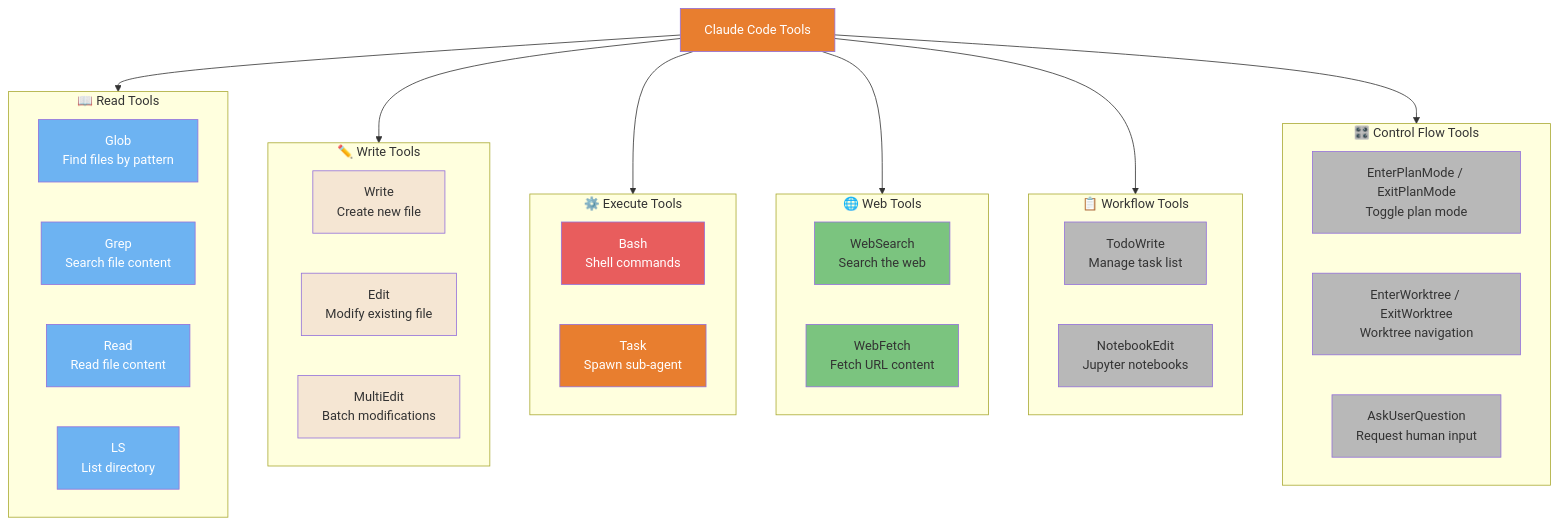
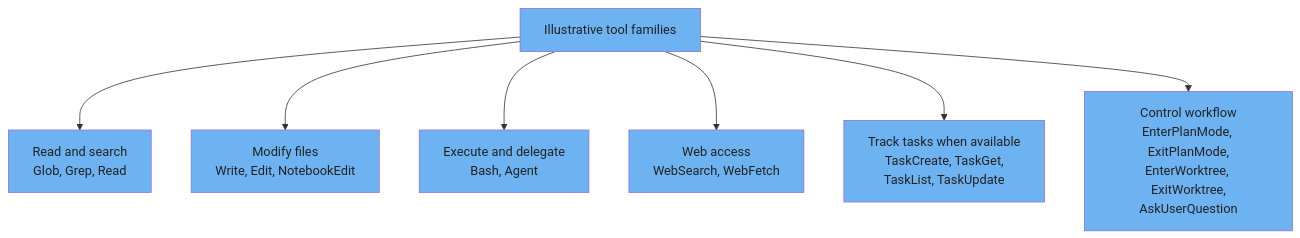
One commit to FlorianBruniaux/claude-code-ultimate-guide changed the second of 4 diagrams in guide/diagrams/04-architecture-internals.md. Above: the diagram before and after it, drawn with Mermaid. The commit also changed other lines of this file and 17 other files, not shown here.

Commit message:
docs: refresh all diagrams and correct their source guidance

````diff
--- a/guide/diagrams/04-architecture-internals.md
+++ b/guide/diagrams/04-architecture-internals.md
@@ -90,80 +85,23 @@
 ```mermaid
 flowchart TD
-    ROOT["Claude Code Tools"] --> READ
-    ROOT --> WRITE
-    ROOT --> EXECUTE
-    ROOT --> WEB
-    ROOT --> WORKFLOW
-    ROOT --> CONTROL
-
-    subgraph READ["📖 Read Tools"]
-        R1[Glob<br/>Find files by pattern]
-        R2[Grep<br/>Search file content]
-        R3[Read<br/>Read file content]
-        R4[LS<br/>List directory]
-    end
-
-    subgraph WRITE["✏️ Write Tools"]
-        W1[Write<br/>Create new file]
-        W2[Edit<br/>Modify existing file]
-        W3[MultiEdit<br/>Batch modifications]
-    end
-
-    subgraph EXECUTE["⚙️ Execute Tools"]
-        E1[Bash<br/>Shell commands]
-        E2[Task<br/>Spawn sub-agent]
-    end
-
-    subgraph WEB["🌐 Web Tools"]
-        WB1[WebSearch<br/>Search the web]
-        WB2[WebFetch<br/>Fetch URL content]
-    end
-
-    subgraph WORKFLOW["📋 Workflow Tools"]
-        WF1[TodoWrite<br/>Manage task list]
-        WF2[NotebookEdit<br/>Jupyter notebooks]
-    end
-
-    subgraph CONTROL["🎛️ Control Flow Tools"]
-        CF1[EnterPlanMode / ExitPlanMode<br/>Toggle plan mode]
-        CF2[EnterWorktree / ExitWorktree<br/>Worktree navigation]
-        CF3[AskUserQuestion<br/>Request human input]
-    end
-
-    style ROOT fill:#E87E2F,color:#fff
-    style R1 fill:#6DB3F2,color:#fff
-    style R2 fill:#6DB3F2,color:#fff
-    style R3 fill:#6DB3F2,color:#fff
-    style R4 fill:#6DB3F2,color:#fff
-    style W1 fill:#F5E6D3,color:#333
-    style W2 fill:#F5E6D3,color:#333
-    style W3 fill:#F5E6D3,color:#333
-    style E1 fill:#E85D5D,color:#fff
-    style E2 fill:#E87E2F,color:#fff
-    style WB1 fill:#7BC47F,color:#333
-    style WB2 fill:#7BC47F,color:#333
-    style WF1 fill:#B8B8B8,color:#333
-    style WF2 fill:#B8B8B8,color:#333
-    style CF1 fill:#B8B8B8,color:#333
-    style CF2 fill:#B8B8B8,color:#333
-    style CF3 fill:#B8B8B8,color:#333
-
-    click ROOT href "https://github.com/FlorianBruniaux/claude-code-ultimate-guide/blob/main/guide/core/architecture.md#2-the-tool-arsenal" "Claude Code Tools"
-    click R1 href "https://github.com/FlorianBruniaux/claude-code-ultimate-guide/blob/main/guide/core/architecture.md#2-the-tool-arsenal" "Glob — Find files by pattern"
-    click R2 href "https://github.com/FlorianBruniaux/claude-code-ultimate-guide/blob/main/guide/core/architecture.md#2-the-tool-arsenal" "Grep — Search file content"
-    click R3 href "https://github.com/FlorianBruniaux/claude-code-ultimate-guide/blob/main/guide/core/architecture.md#2-the-tool-arsenal" "Read — Read file content"
-    click R4 href "https://github.com/FlorianBruniaux/claude-code-ultimate-guide/blob/main/guide/core/architecture.md#2-the-tool-arsenal" "LS — List directory"
-    click W1 href "https://github.com/FlorianBruniaux/claude-code-ultimate-guide/blob/main/guide/core/architecture.md#2-the-tool-arsenal" "Write — Create new file"
-    click W2 href "https://github.com/FlorianBruniaux/claude-code-ultimate-guide/blob/main/guide/core/architecture.md#2-the-tool-arsenal" "Edit — Modify existing file"
-    click W3 href "https://github.com/FlorianBruniaux/claude-code-ultimate-guide/blob/main/guide/core/architecture.md#2-the-tool-arsenal" "MultiEdit — Batch modifications"
-    click E1 href "https://github.com/FlorianBruniaux/claude-code-ultimate-guide/blob/main/guide/core/architecture.md#2-the-tool-arsenal" "Bash — Shell commands"
-    click E2 href "https://github.com/FlorianBruniaux/claude-code-ultimate-guide/blob/main/guide/ultimate-guide.md#41-what-are-agents" "Task — Spawn sub-agent"
-    click WB1 href "https://github.com/FlorianBruniaux/claude-code-ultimate-guide/blob/main/guide/core/architecture.md#2-the-tool-arsenal" "WebSearch"
-    click WB2 href "https://github.com/FlorianBruniaux/claude-code-ultimate-guide/blob/main/guide/core/architecture.md#2-the-tool-arsenal" "WebFetch"
-    click WF1 href "https://github.com/FlorianBruniaux/claude-code-ultimate-guide/blob/main/guide/core/architecture.md#2-the-tool-arsenal" "TodoWrite — Task list"
-    click WF2 href "https://github.com/FlorianBruniaux/claude-code-ultimate-guide/blob/main/guide/core/architecture.md#2-the-tool-arsenal" "NotebookEdit — Jupyter"
-    click CONTROL href "https://github.com/FlorianBruniaux/claude-code-ultimate-guide/blob/main/guide/core/architecture.md#2-the-tool-arsenal" "Control Flow Tools"
-    click CF1 href "https://github.com/FlorianBruniaux/claude-code-ultimate-guide/blob/main/guide/core/architecture.md#2-the-tool-arsenal" "EnterPlanMode / ExitPlanMode"
-    click CF2 href "https://github.com/FlorianBruniaux/claude-code-ultimate-guide/blob/main/guide/core/architecture.md#2-the-tool-arsenal" "EnterWorktree / ExitWorktree"
-    click CF3 href "https://github.com/FlorianBruniaux/claude-code-ultimate-guide/blob/main/guide/core/architecture.md#2-the-tool-arsenal" "AskUserQuestion"
+    ROOT[Illustrative tool families] --> READ[Read and search<br/>Glob, Grep, Read]
+    ROOT --> WRITE[Modify files<br/>Write, Edit, NotebookEdit]
+    ROOT --> EXEC[Execute and delegate<br/>Bash, Agent]
+    ROOT --> WEB[Web access<br/>WebSearch, WebFetch]
+    ROOT --> TRACK[Track tasks when available<br/>TaskCreate, TaskGet,<br/>TaskList, TaskUpdate]
+    ROOT --> CONTROL[Control workflow<br/>EnterPlanMode, ExitPlanMode,<br/>EnterWorktree, ExitWorktree,<br/>AskUserQuestion]
+    style ROOT fill:#6DB3F2,color:#222
+    click ROOT href "https://github.com/FlorianBruniaux/claude-code-ultimate-guide/blob/main/guide/core/architecture.md#2-the-tool-arsenal" "The tool arsenal"
+    style READ fill:#6DB3F2,color:#222
+    click READ href "https://github.com/FlorianBruniaux/claude-code-ultimate-guide/blob/main/guide/core/architecture.md#2-the-tool-arsenal" "The tool arsenal"
+    style WRITE fill:#6DB3F2,color:#222
+    click WRITE href "https://github.com/FlorianBruniaux/claude-code-ultimate-guide/blob/main/guide/core/architecture.md#2-the-tool-arsenal" "The tool arsenal"
+    style EXEC fill:#6DB3F2,color:#222
+    click EXEC href "https://github.com/FlorianBruniaux/claude-code-ultimate-guide/blob/main/guide/core/architecture.md#2-the-tool-arsenal" "The tool arsenal"
+    style WEB fill:#6DB3F2,color:#222
+    click WEB href "https://github.com/FlorianBruniaux/claude-code-ultimate-guide/blob/main/guide/core/architecture.md#2-the-tool-arsenal" "The tool arsenal"
+    style TRACK fill:#6DB3F2,color:#222
+    click TRACK href "https://github.com/FlorianBruniaux/claude-code-ultimate-guide/blob/main/guide/core/architecture.md#2-the-tool-arsenal" "The tool arsenal"
+    style CONTROL fill:#6DB3F2,color:#222
+    click CONTROL href "https://github.com/FlorianBruniaux/claude-code-ultimate-guide/blob/main/guide/core/architecture.md#2-the-tool-arsenal" "The tool arsenal"
 ```
````
